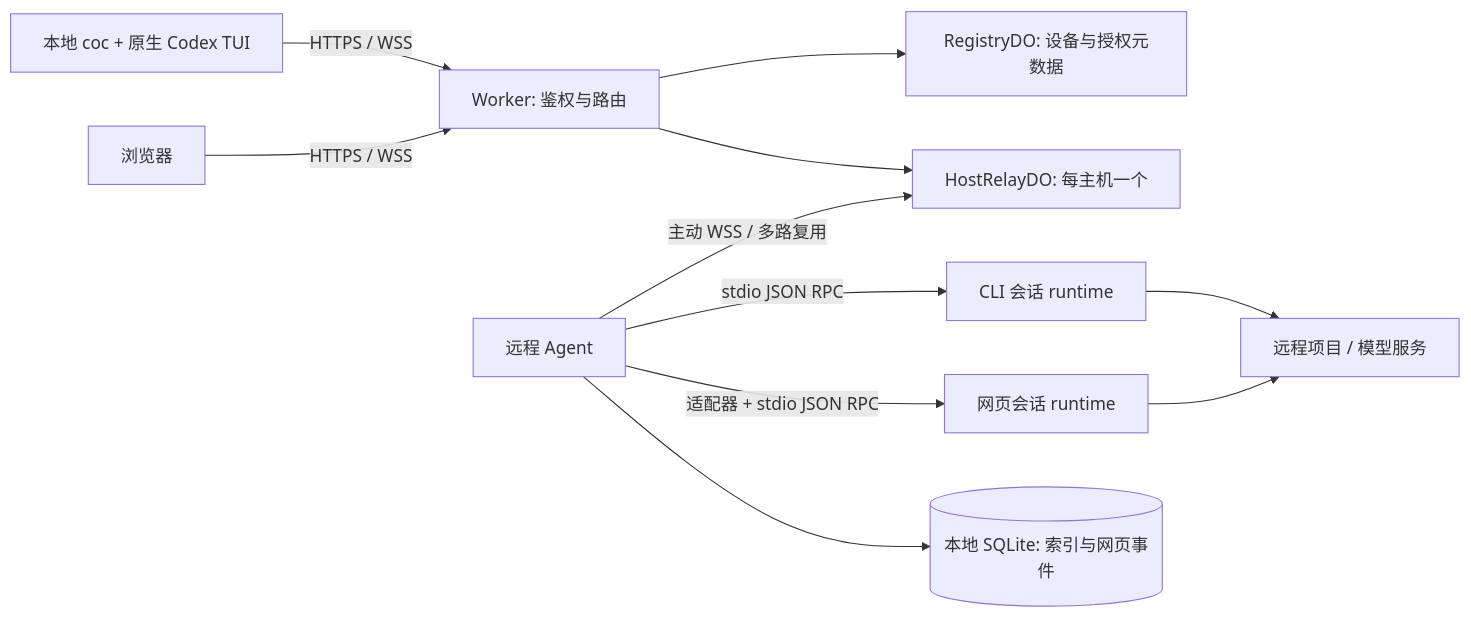
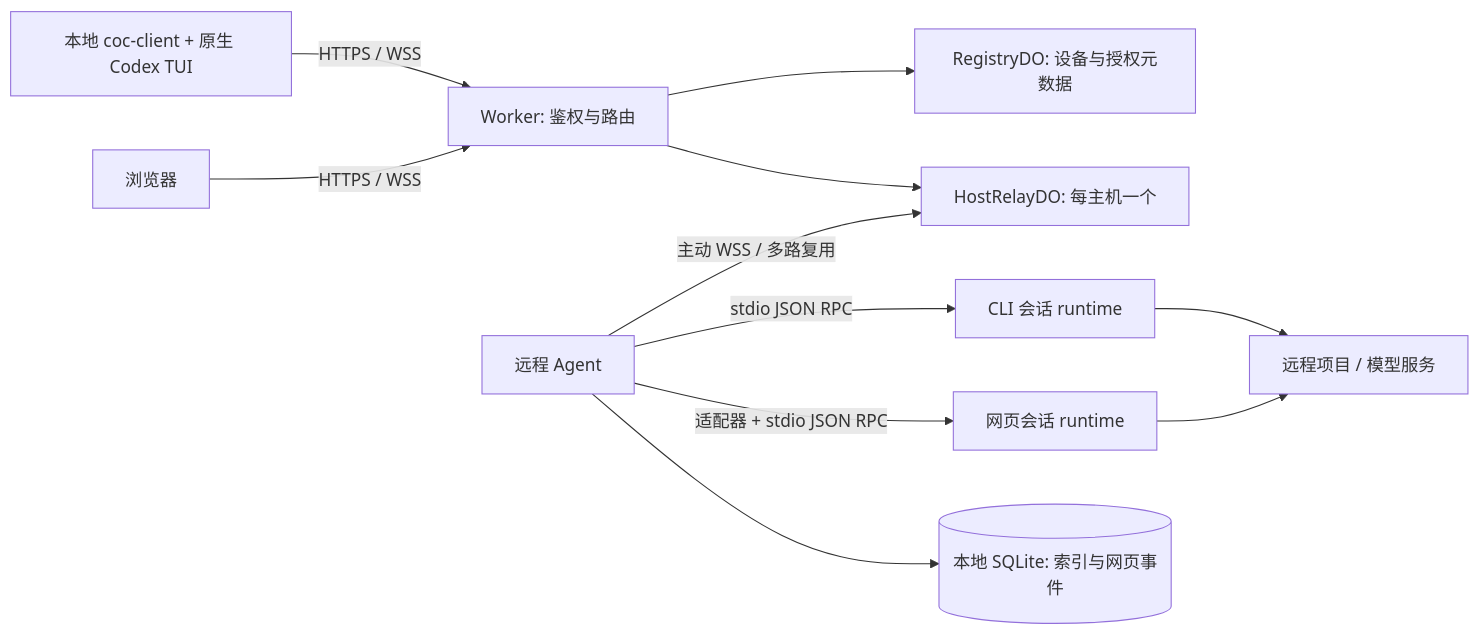
Before and after one commit to hjxxlogic/codexovercloudflare: the diagram in docs/ARCHITECTURE.md, drawn with Mermaid. The commit also changed other lines of this file and 29 other files, not shown here.

````diff
--- a/docs/ARCHITECTURE.md
+++ b/docs/ARCHITECTURE.md
@@ -46,13 +46,13 @@
 ```mermaid
 flowchart LR
-  CLI[本地 coc + 原生 Codex TUI] -->|HTTPS / WSS| W[Worker: 鉴权与路由]
+  CLI[本地 coc-client + 原生 Codex TUI] -->|HTTPS / WSS| W[Worker: 鉴权与路由]
   WEB[浏览器] -->|HTTPS / WSS| W
   W --> REG[RegistryDO: 设备与授权元数据]
   W --> HOST[HostRelayDO: 每主机一个]
   AG[远程 Agent] -->|主动 WSS / 多路复用| HOST
   AG -->|stdio JSON RPC| C1[CLI 会话 runtime]
   AG -->|适配器 + stdio JSON RPC| C2[网页会话 runtime]
   C1 --> P[远程项目 / 模型服务]
   C2 --> P
   AG --> DB[(本地 SQLite: 索引与网页事件)]
 ```
````
